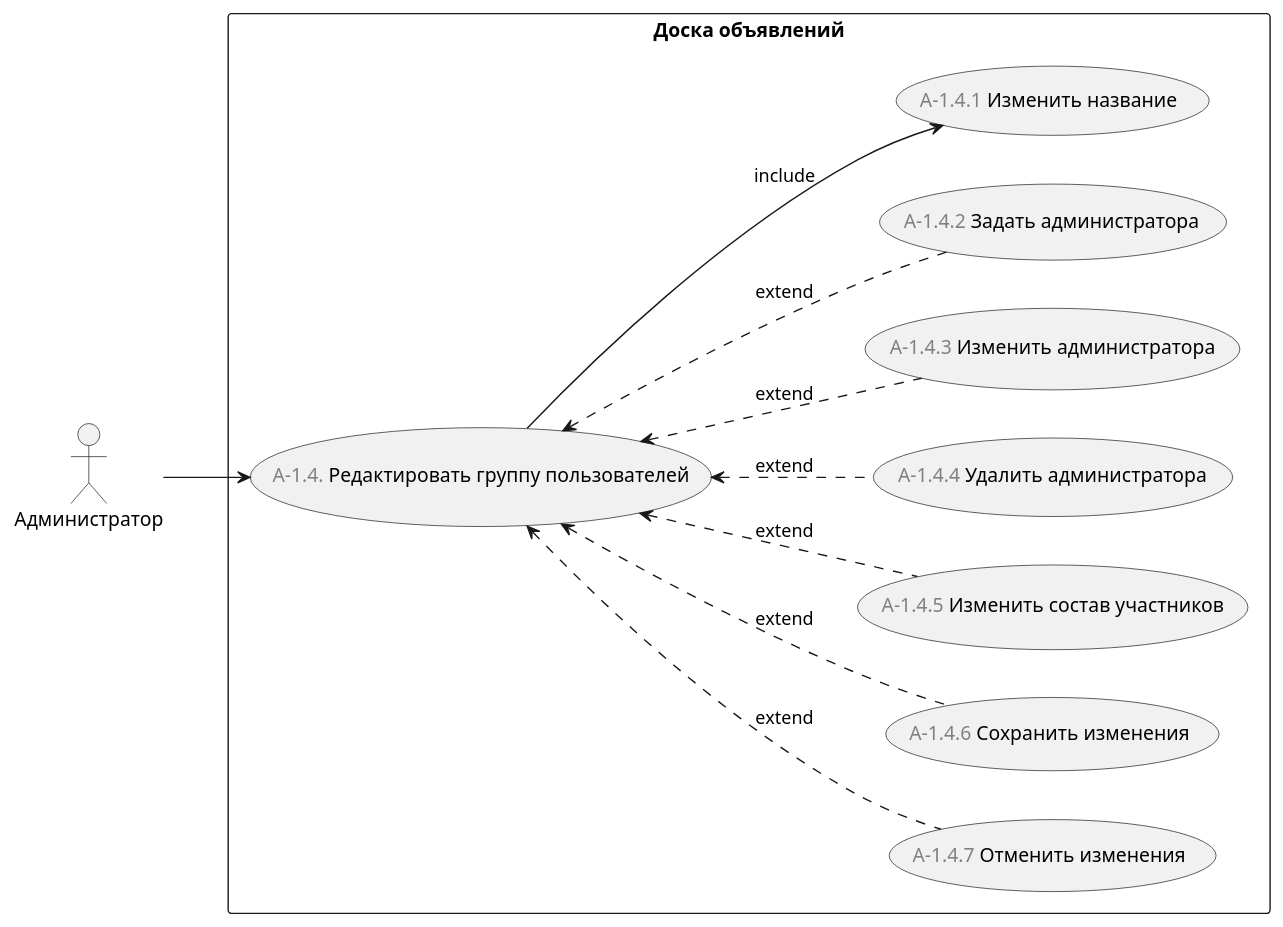
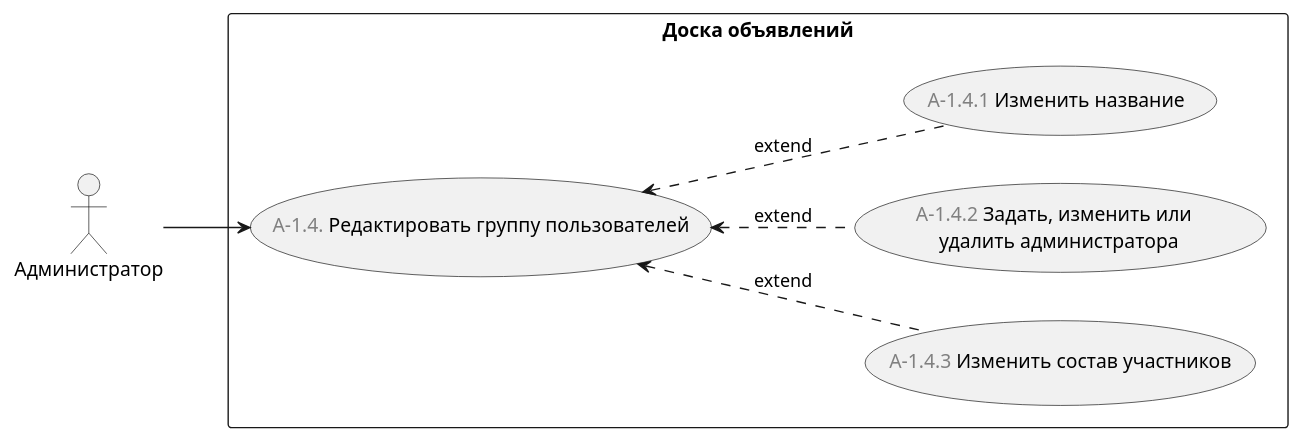
The diagram in doc/диаграммы/варианты-использования/редактировать-группу-пользователей.puml (astu-app/ASTU-Bulletin-Board-Server), drawn with PlantUML before and after one commit. The commit also changed 9 other files, not shown here.

```diff
--- a/doc/диаграммы/варианты-использования/редактировать-группу-пользователей.puml
+++ b/doc/диаграммы/варианты-использования/редактировать-группу-пользователей.puml
@@ -1,21 +1,17 @@
 @startuml
 'https://plantuml.com/use-case-diagram
 
 left to right direction
 
 :Администратор: as admin
 
 rectangle "Доска объявлений" {
     (<font color="gray">A-1.4.</font> Редактировать группу пользователей) as edit_usergroup
     admin --> edit_usergroup
     
-    edit_usergroup <.. (<font color="gray">A-1.4.7</font> Отменить изменения) : extend
-    edit_usergroup <.. (<font color="gray">A-1.4.6</font> Сохранить изменения) : extend
-    edit_usergroup <.. (<font color="gray">A-1.4.5</font> Изменить состав участников) : extend
-    edit_usergroup <.. (<font color="gray">A-1.4.4</font> Удалить администратора) : extend
-    edit_usergroup <.. (<font color="gray">A-1.4.3</font> Изменить администратора) : extend
-    edit_usergroup <.. (<font color="gray">A-1.4.2</font> Задать администратора) : extend
-    edit_usergroup --> (<font color="gray">A-1.4.1</font> Изменить название) : include
+    edit_usergroup <.. (<font color="gray">A-1.4.3</font> Изменить состав участников) : extend
+    edit_usergroup <.. (<font color="gray">A-1.4.2</font> Задать, изменить или \n удалить администратора) : extend
+    edit_usergroup <.. (<font color="gray">A-1.4.1</font> Изменить название) : extend
 }
 
 @enduml
```
